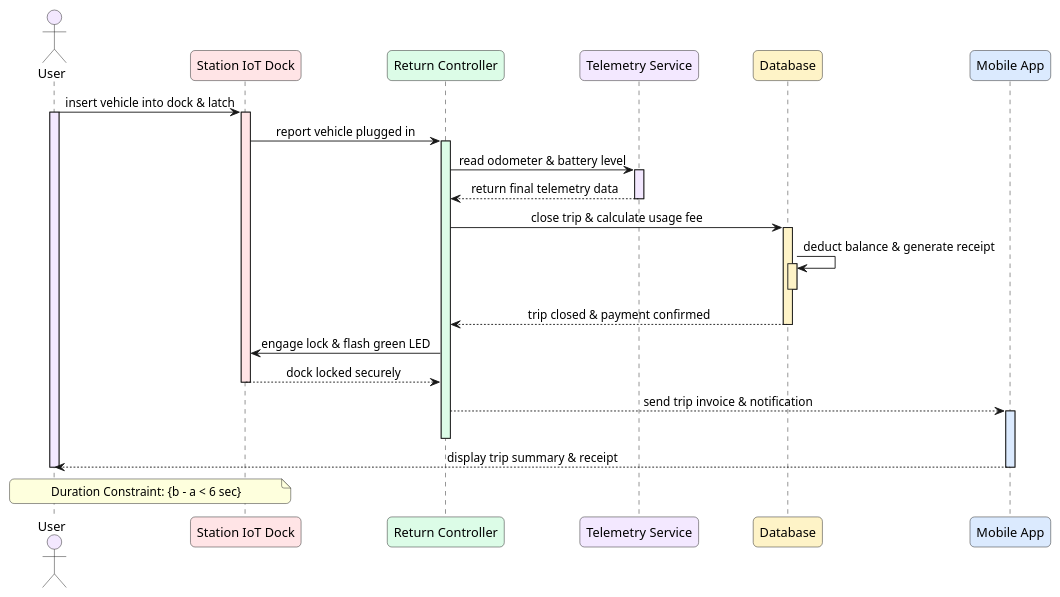
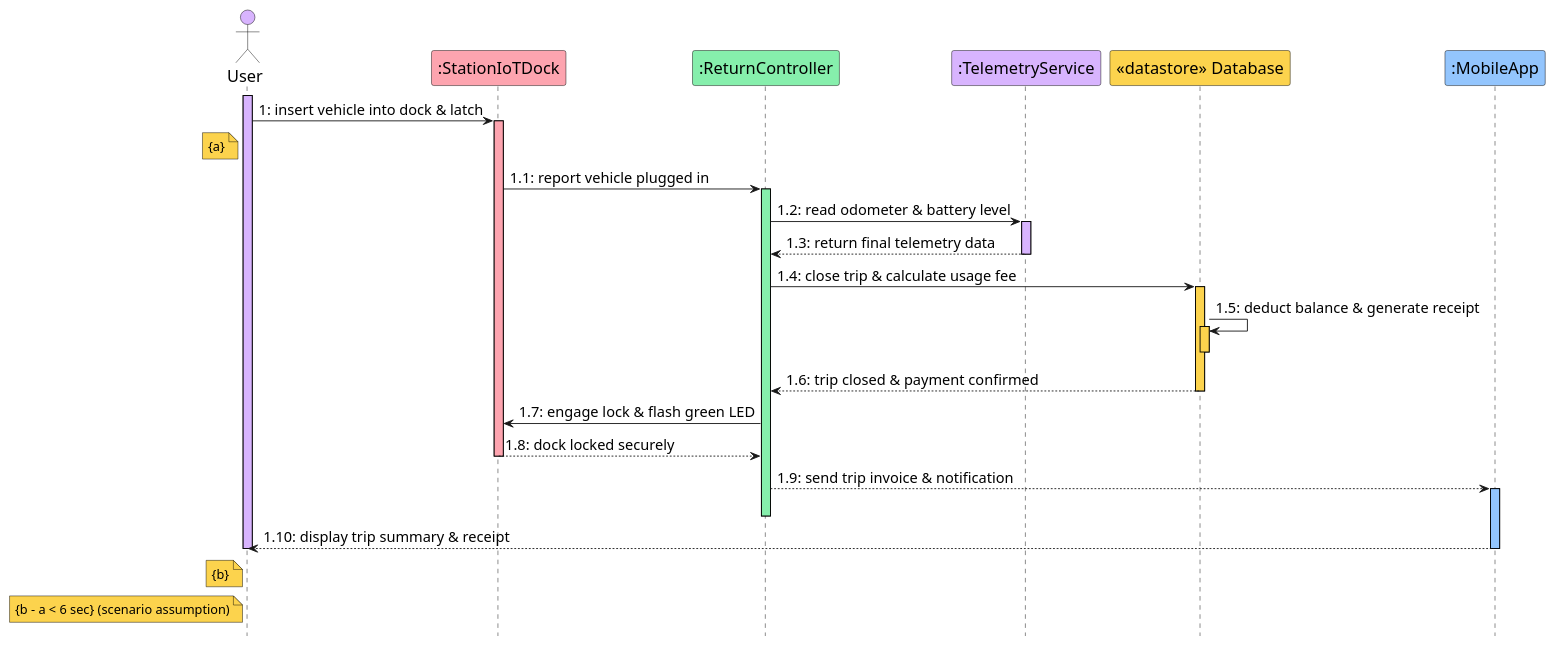
One commit to YdtTran/software-engineerning changed the fifth of 14 diagrams in 01_Diagram/02_Sequence_Diagram/PLANTUML_SEQUENCE.md. Above: the diagram before and after it, drawn with PlantUML. The commit also changed other lines of this file and 217 other files, not shown here.

````diff
--- a/01_Diagram/02_Sequence_Diagram/PLANTUML_SEQUENCE.md
+++ b/01_Diagram/02_Sequence_Diagram/PLANTUML_SEQUENCE.md
@@ -217,53 +239,60 @@
 ```plantuml
 @startuml
-skinparam sequenceMessageAlign center
-skinparam responseMessageBelowArrow false
-skinparam roundcorner 10
-skinparam ParticipantPadding 25
-skinparam BoxPadding 15
-
-actor "User" as User #f3e8ff
-participant "Station IoT Dock" as Dock #ffe4e6
-participant "Return Controller" as Ctrl #dcfce7
-participant "Telemetry Service" as Tele #f3e8ff
-participant "Database" as DB #fef3c7
-participant "Mobile App" as App #dbeafe
-
-User -> Dock: insert vehicle into dock & latch
-activate User #f3e8ff
-activate Dock #ffe4e6
-
-Dock -> Ctrl: report vehicle plugged in
-activate Ctrl #dcfce7
-
-Ctrl -> Tele: read odometer & battery level
-activate Tele #f3e8ff
-
-Tele --> Ctrl: return final telemetry data
-deactivate Tele
-
-Ctrl -> DB: close trip & calculate usage fee
-activate DB #fef3c7
-
-DB -> DB: deduct balance & generate receipt
-activate DB #fef3c7
-deactivate DB
-
-DB --> Ctrl: trip closed & payment confirmed
-deactivate DB
-
-Ctrl -> Dock: engage lock & flash green LED
-Dock --> Ctrl: dock locked securely
-deactivate Dock
-
-Ctrl --> App: send trip invoice & notification
-activate App #dbeafe
-deactivate Ctrl
-
-App --> User: display trip summary & receipt
-deactivate App
-deactivate User
-
-note over User, Dock: Duration Constraint: {b - a < 6 sec}
+hide footbox
+skinparam backgroundColor #ffffff
+skinparam defaultFontName Segoe UI
+skinparam defaultFontColor #000000
+skinparam defaultFontSize 16
+skinparam sequence {
+  ParticipantBorderColor #000000
+  ParticipantFontColor #000000
+  ParticipantFontSize 18
+  ActorBorderColor #000000
+  ActorFontColor #000000
+  ActorFontSize 18
+  LifeLineBorderColor #000000
+}
+skinparam ArrowFontColor #000000
+skinparam ArrowFontSize 16
+skinparam noteFontColor #000000
+skinparam noteFontSize 14
+skinparam noteBorderColor #000000
+skinparam noteBackgroundColor #fcd34d
+skinparam titleFontColor #000000
+skinparam titleFontSize 22
+actor "User" as P0 #d8b4fe
+participant ":StationIoTDock" as P1 #fda4af
+participant ":ReturnController" as P2 #86efac
+participant ":TelemetryService" as P3 #d8b4fe
+participant "<<datastore>> Database" as P4 #fcd34d
+participant ":MobileApp" as P5 #93c5fd
+activate P0 #d8b4fe
+P0->P1: 1: insert vehicle into dock & latch
+activate P1 #fda4af
+note left of P0: {a}
+P1->P2: 1.1: report vehicle plugged in
+activate P2 #86efac
+P2->P3: 1.2: read odometer & battery level
+activate P3 #d8b4fe
+P3-->P2: 1.3: return final telemetry data
+deactivate P3
+P2->P4: 1.4: close trip & calculate usage fee
+activate P4 #fcd34d
+P4->P4: 1.5: deduct balance & generate receipt
+activate P4 #fcd34d
+deactivate P4
+P4-->P2: 1.6: trip closed & payment confirmed
+deactivate P4
+P2->P1: 1.7: engage lock & flash green LED
+P1-->P2: 1.8: dock locked securely
+deactivate P1
+P2-->P5: 1.9: send trip invoice & notification
+activate P5 #93c5fd
+deactivate P2
+P5-->P0: 1.10: display trip summary & receipt
+note left of P0: {b}
+deactivate P0
+deactivate P5
+note left of P0: {b - a < 6 sec} (scenario assumption)
 @enduml
 ```
````
